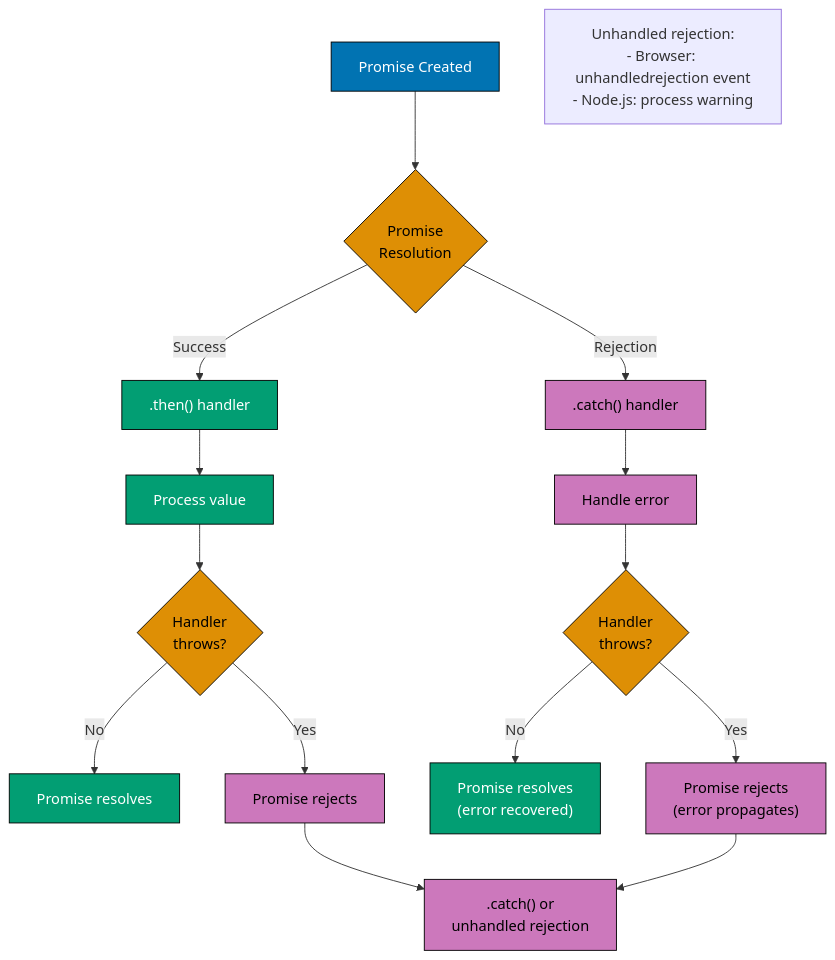
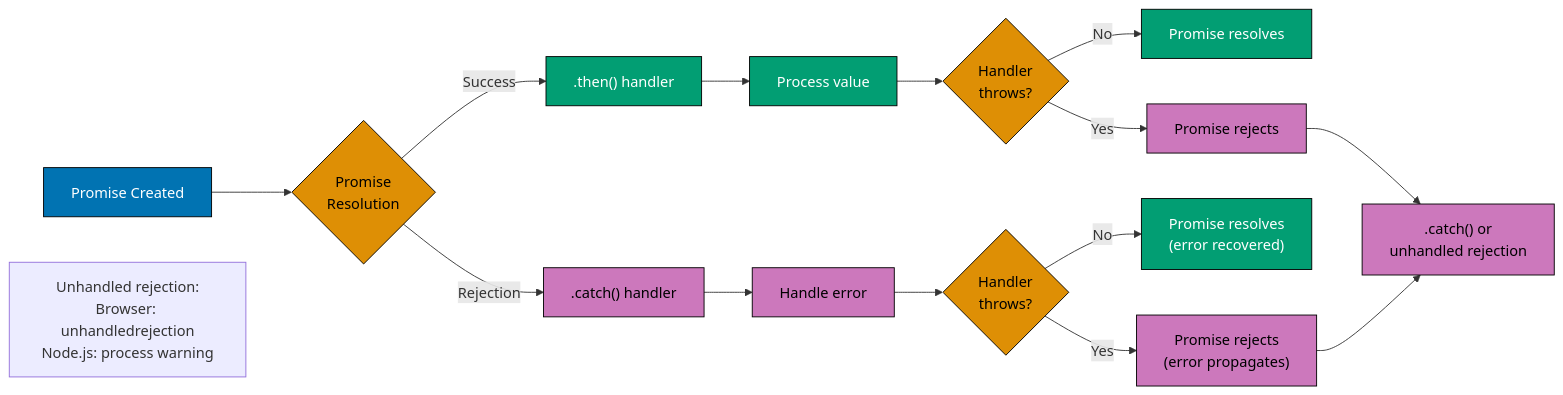
Before and after one commit to wahidyankf/open-sharia-enterprise: the seventh of 8 diagrams in docs/explanation/software-engineering/programming-languages/typescript/concurrency-and-parallelism.md, drawn with Mermaid. The commit also changed other lines of this file and 16 other files, not shown here.

First line of the commit message:
fix(docs): fix mermaid violations in typescript docs

````diff
--- a/docs/explanation/software-engineering/programming-languages/typescript/concurrency-and-parallelism.md
+++ b/docs/explanation/software-engineering/programming-languages/typescript/concurrency-and-parallelism.md
@@ -474,32 +470,32 @@
 ```mermaid
 %% Color Palette: Blue #0173B2, Orange #DE8F05, Teal #029E73, Purple #CC78BC
 %% All colors are color-blind friendly and meet WCAG AA contrast standards
 
-graph TD
+graph LR
     A["Promise Created"]:::blue --> B{"Promise<br/>Resolution"}:::orange
 
     B -->|"Success"| C[".then() handler"]:::teal
     B -->|"Rejection"| D[".catch() handler"]:::purple
 
     C --> C1["Process value"]:::teal
     C1 --> C2{"Handler<br/>throws?"}:::orange
 
     C2 -->|"No"| Success["Promise resolves"]:::teal
     C2 -->|"Yes"| Reject["Promise rejects"]:::purple
 
     D --> D1["Handle error"]:::purple
     D1 --> D2{"Handler<br/>throws?"}:::orange
 
     D2 -->|"No"| Recover["Promise resolves<br/>(error recovered)"]:::teal
     D2 -->|"Yes"| Propagate["Promise rejects<br/>(error propagates)"]:::purple
 
     Reject --> Next1[".catch() or<br/>unhandled rejection"]:::purple
     Propagate --> Next1
 
-    Note1["Unhandled rejection:<br/>- Browser: unhandledrejection event<br/>- Node.js: process warning"]
+    Note1["Unhandled rejection:<br/>Browser: unhandledrejection<br/>Node.js: process warning"]
 
     classDef blue fill:#0173B2,stroke:#000,color:#fff
     classDef orange fill:#DE8F05,stroke:#000,color:#000
     classDef teal fill:#029E73,stroke:#000,color:#fff
     classDef purple fill:#CC78BC,stroke:#000,color:#000
 ```
````
